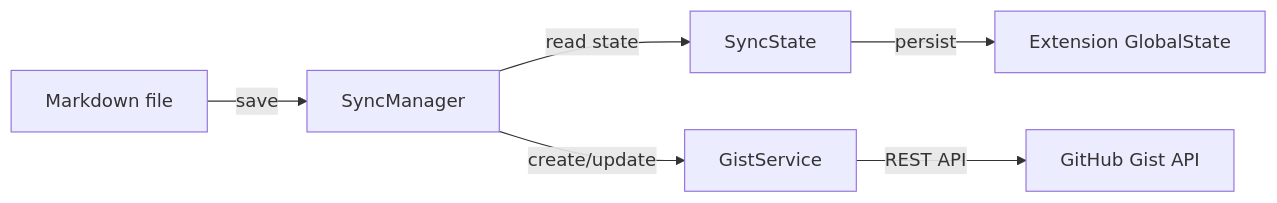
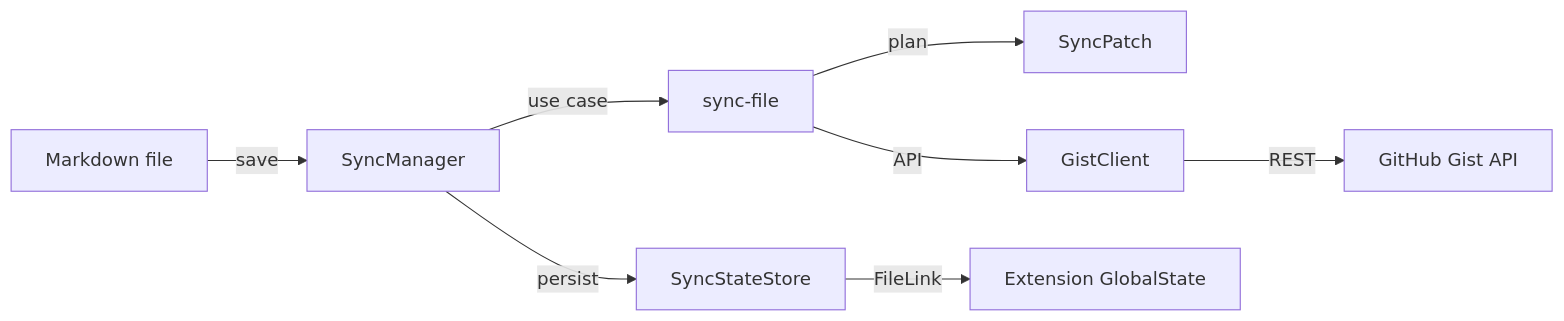
One commit to manji-0/gist-sync changed the diagram in README.md. Above: the diagram before and after it, drawn with Mermaid. The commit also changed other lines of this file and 48 other files, not shown here.

First line of the commit message:
Refactor extension to Kamae layered architecture (v0.2.0).

````diff
--- a/README.md
+++ b/README.md
@@ -122,8 +124,10 @@
 ```mermaid
 flowchart LR
   MD[Markdown file] -->|save| SM[SyncManager]
-  SM -->|read state| SS[SyncState]
-  SM -->|create/update| GS[GistService]
-  GS -->|REST API| GH[GitHub Gist API]
-  SS -->|persist| VS[Extension GlobalState]
+  SM -->|use case| SF[sync-file]
+  SF -->|plan| SP[SyncPatch]
+  SF -->|API| GC[GistClient]
+  GC -->|REST| GH[GitHub Gist API]
+  SM -->|persist| SS[SyncStateStore]
+  SS -->|FileLink| VS[Extension GlobalState]
 ```
````
